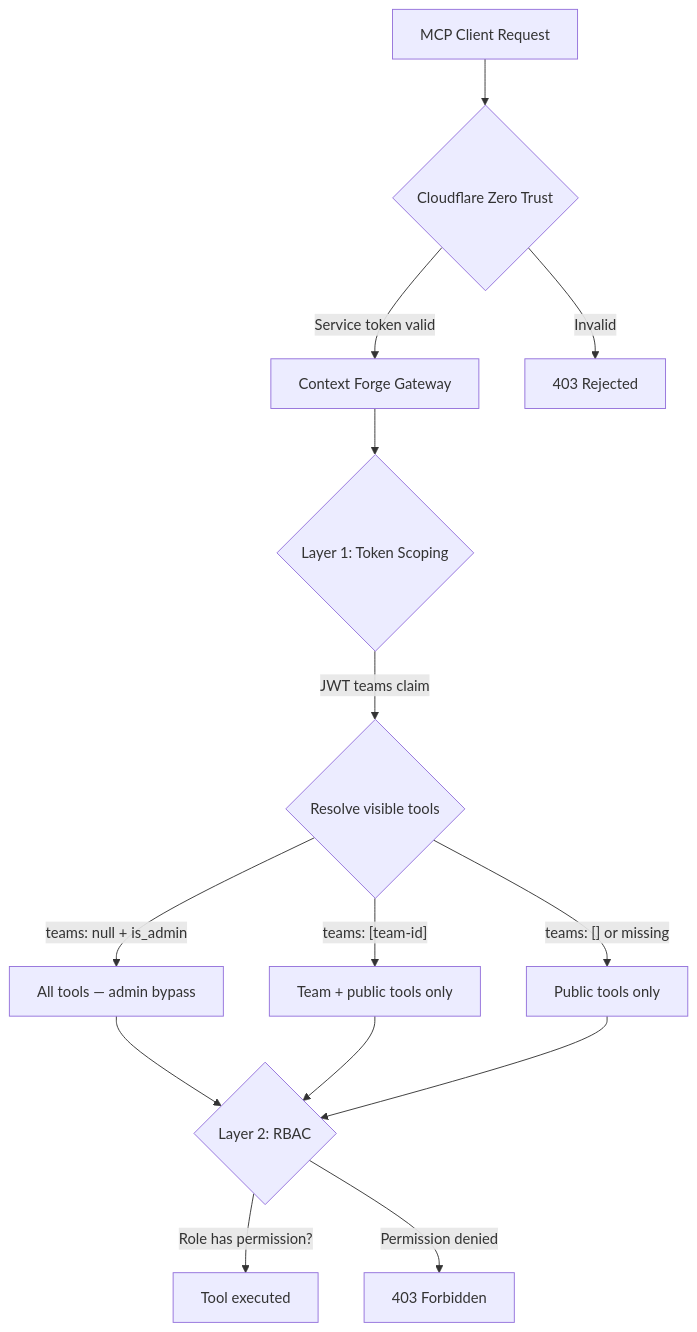
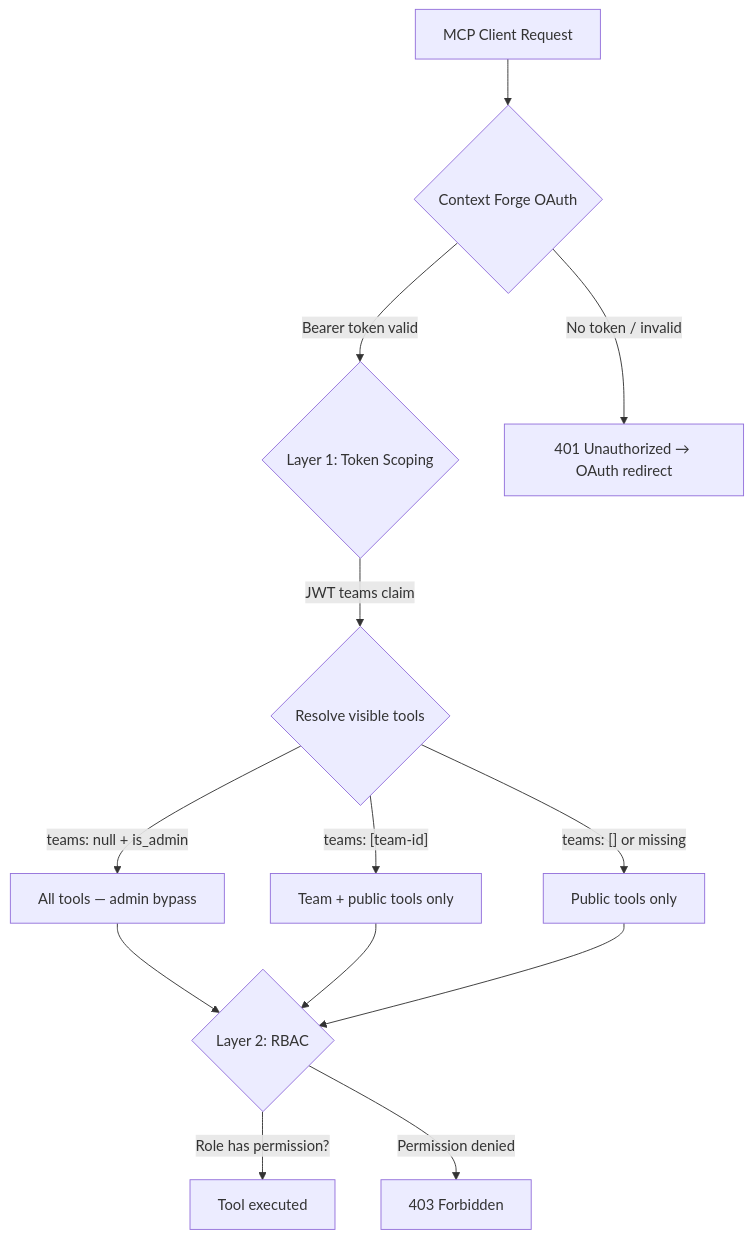
The first of 2 diagrams in architecture/decisions/agents/005-role-based-mcp-access.md (jomcgi/homelab), drawn with Mermaid before and after one commit. The commit also changed other lines of this file, not shown here.

First line of the commit message:
docs: address review feedback on role-based MCP access ADR

````diff
--- a/architecture/decisions/agents/005-role-based-mcp-access.md
+++ b/architecture/decisions/agents/005-role-based-mcp-access.md
@@ -36,19 +36,18 @@
 ```mermaid
 flowchart TD
-    A[MCP Client Request] --> B{Cloudflare Zero Trust}
-    B -->|Service token valid| C[Context Forge Gateway]
-    B -->|Invalid| X1[403 Rejected]
+    A[MCP Client Request] --> B{Context Forge OAuth}
+    B -->|Bearer token valid| C{Layer 1: Token Scoping}
+    B -->|No token / invalid| X1["401 Unauthorized → OAuth redirect"]
 
-    C --> D{Layer 1: Token Scoping}
-    D -->|JWT teams claim| E{Resolve visible tools}
-    E -->|"teams: null + is_admin"| F[All tools — admin bypass]
-    E -->|"teams: [team-id]"| G[Team + public tools only]
-    E -->|"teams: [] or missing"| H[Public tools only]
+    C -->|JWT teams claim| D{Resolve visible tools}
+    D -->|"teams: null + is_admin"| E[All tools — admin bypass]
+    D -->|"teams: [team-id]"| F[Team + public tools only]
+    D -->|"teams: [] or missing"| G[Public tools only]
 
-    F --> I{Layer 2: RBAC}
-    G --> I
-    H --> I
+    E --> H{Layer 2: RBAC}
+    F --> H
+    G --> H
 
-    I -->|Role has permission?| J[Tool executed]
-    I -->|Permission denied| X2[403 Forbidden]
+    H -->|Role has permission?| I[Tool executed]
+    H -->|Permission denied| X2[403 Forbidden]
 ```
````
